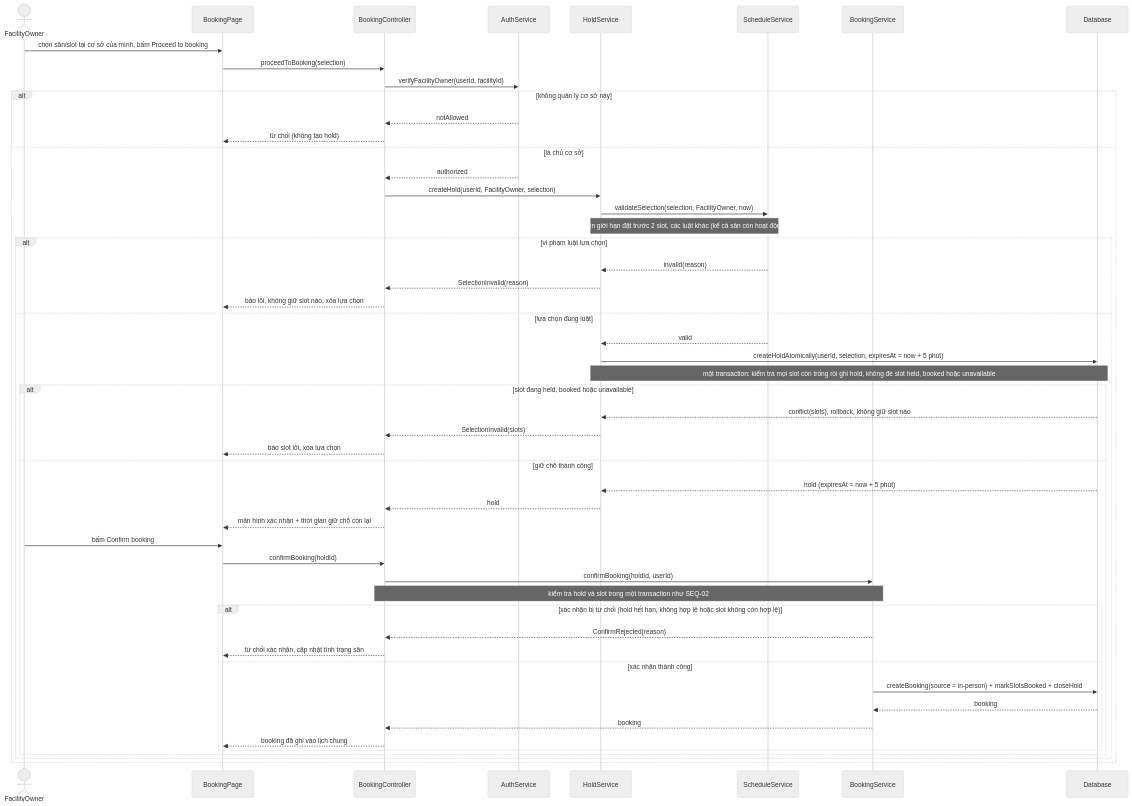
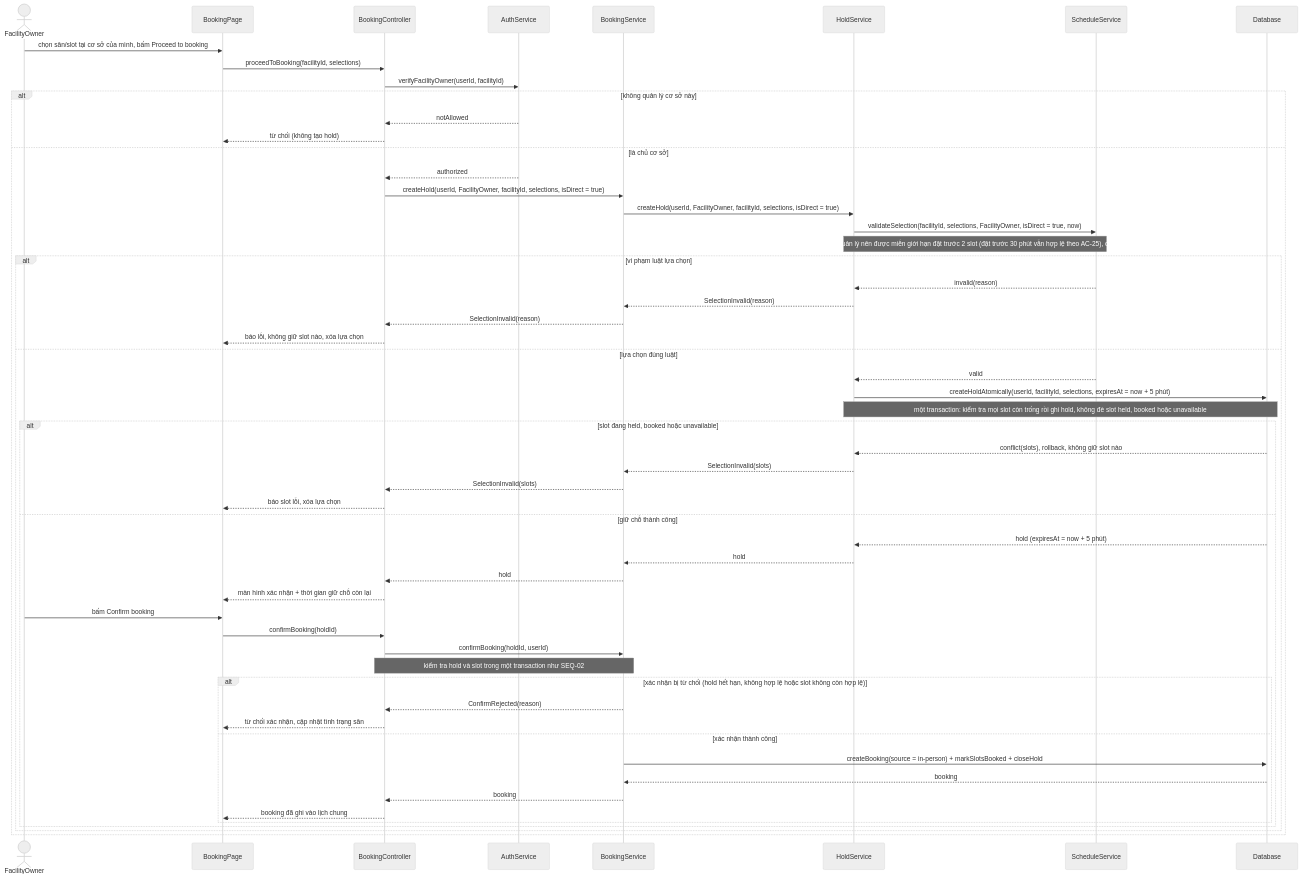
Before and after one commit to buikhoa130406/se-project-t04: the sixth of 6 diagrams in docs/design/sequences/sequence-diagrams.md, drawn with Mermaid (neutral theme). The commit also changed other lines of this file and 2 other files, not shown here.

````diff
--- a/docs/design/sequences/sequence-diagrams.md
+++ b/docs/design/sequences/sequence-diagrams.md
@@ -342,60 +342,64 @@
 ```mermaid
 sequenceDiagram
     actor FacilityOwner
     participant BookingPage
     participant BookingController
     participant AuthService
+    participant BookingService
     participant HoldService
     participant ScheduleService
-    participant BookingService
     participant Database
 
     FacilityOwner->>BookingPage: chọn sân/slot tại cơ sở của mình, bấm Proceed to booking
-    BookingPage->>BookingController: proceedToBooking(selection)
+    BookingPage->>BookingController: proceedToBooking(facilityId, selections)
     BookingController->>AuthService: verifyFacilityOwner(userId, facilityId)
 
     alt không quản lý cơ sở này
         AuthService-->>BookingController: notAllowed
         BookingController-->>BookingPage: từ chối (không tạo hold)
     else là chủ cơ sở
         AuthService-->>BookingController: authorized
-        BookingController->>HoldService: createHold(userId, FacilityOwner, selection)
-        HoldService->>ScheduleService: validateSelection(selection, FacilityOwner, now)
-        Note over HoldService,ScheduleService: owner được miễn giới hạn đặt trước 2 slot, các luật khác (kể cả sân còn hoạt động) như SEQ-01
+        BookingController->>BookingService: createHold(userId, FacilityOwner, facilityId, selections, isDirect = true)
+        BookingService->>HoldService: createHold(userId, FacilityOwner, facilityId, selections, isDirect = true)
+        HoldService->>ScheduleService: validateSelection(facilityId, selections, FacilityOwner, isDirect = true, now)
+        Note over HoldService,ScheduleService: isDirect = true tại cơ sở quản lý nên được miễn giới hạn đặt trước 2 slot (đặt trước 30 phút vẫn hợp lệ theo AC-25), các luật khác như SEQ-01
 
         alt vi phạm luật lựa chọn
             ScheduleService-->>HoldService: invalid(reason)
-            HoldService-->>BookingController: SelectionInvalid(reason)
+            HoldService-->>BookingService: SelectionInvalid(reason)
+            BookingService-->>BookingController: SelectionInvalid(reason)
             BookingController-->>BookingPage: báo lỗi, không giữ slot nào, xóa lựa chọn
         else lựa chọn đúng luật
             ScheduleService-->>HoldService: valid
-            HoldService->>Database: createHoldAtomically(userId, selection, expiresAt = now + 5 phút)
+            HoldService->>Database: createHoldAtomically(userId, facilityId, selections, expiresAt = now + 5 phút)
             Note over HoldService,Database: một transaction: kiểm tra mọi slot còn trống rồi ghi hold, không đè slot held, booked hoặc unavailable
 
             alt slot đang held, booked hoặc unavailable
                 Database-->>HoldService: conflict(slots), rollback, không giữ slot nào
-                HoldService-->>BookingController: SelectionInvalid(slots)
+                HoldService-->>BookingService: SelectionInvalid(slots)
+                BookingService-->>BookingController: SelectionInvalid(slots)
                 BookingController-->>BookingPage: báo slot lỗi, xóa lựa chọn
             else giữ chỗ thành công
                 Database-->>HoldService: hold (expiresAt = now + 5 phút)
-                HoldService-->>BookingController: hold
+                HoldService-->>BookingService: hold
+                BookingService-->>BookingController: hold
                 BookingController-->>BookingPage: màn hình xác nhận + thời gian giữ chỗ còn lại
 
                 FacilityOwner->>BookingPage: bấm Confirm booking
                 BookingPage->>BookingController: confirmBooking(holdId)
                 BookingController->>BookingService: confirmBooking(holdId, userId)
                 Note over BookingController,BookingService: kiểm tra hold và slot trong một transaction như SEQ-02
 
                 alt xác nhận bị từ chối (hold hết hạn, không hợp lệ hoặc slot không còn hợp lệ)
                     BookingService-->>BookingController: ConfirmRejected(reason)
                     BookingController-->>BookingPage: từ chối xác nhận, cập nhật tình trạng sân
                 else xác nhận thành công
                     BookingService->>Database: createBooking(source = in-person) + markSlotsBooked + closeHold
                     Database-->>BookingService: booking
                     BookingService-->>BookingController: booking
                     BookingController-->>BookingPage: booking đã ghi vào lịch chung
                 end
             end
         end
     end
 ```
````
